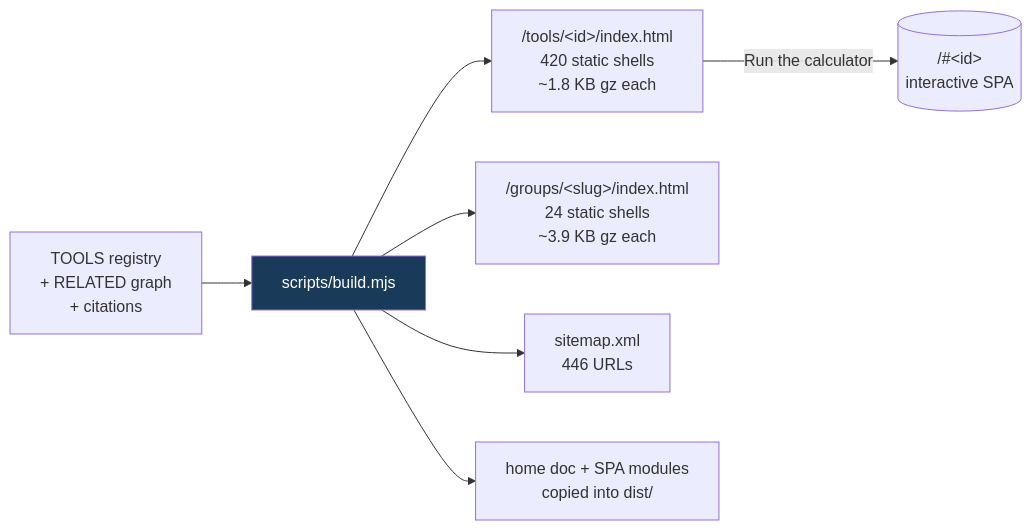
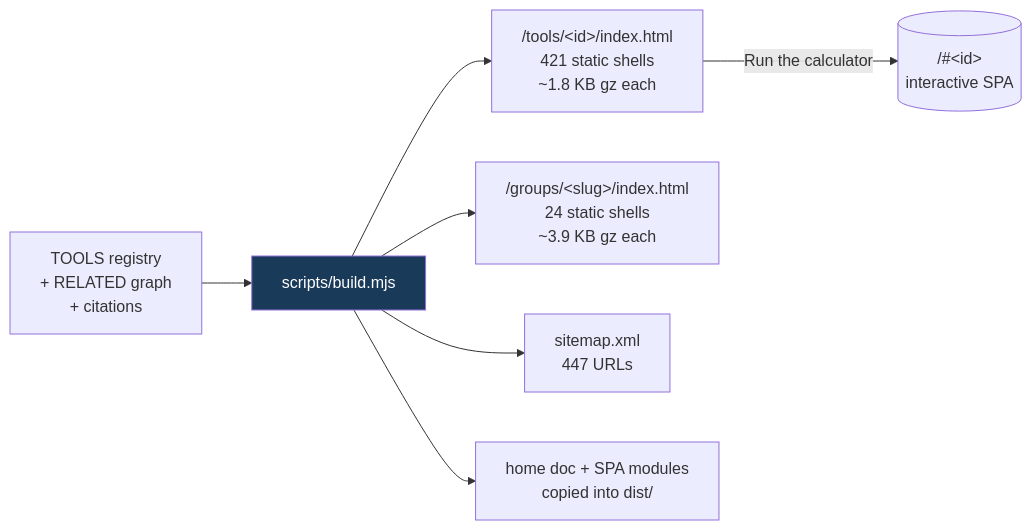
Before and after one commit to clay-good/roughlogic.com: the third of 5 diagrams in README.md, drawn with Mermaid. The commit also changed other lines of this file and 17 other files, not shown here.

````diff
--- a/README.md
+++ b/README.md
@@ -184,10 +184,10 @@
 ```mermaid
 flowchart LR
     SRC[TOOLS registry\n+ RELATED graph\n+ citations] --> BUILD[scripts/build.mjs]
-    BUILD --> TILE["/tools/&lt;id&gt;/index.html\n420 static shells\n~1.8 KB gz each"]
+    BUILD --> TILE["/tools/&lt;id&gt;/index.html\n421 static shells\n~1.8 KB gz each"]
     BUILD --> GROUP["/groups/&lt;slug&gt;/index.html\n24 static shells\n~3.9 KB gz each"]
-    BUILD --> MAP["sitemap.xml\n446 URLs"]
+    BUILD --> MAP["sitemap.xml\n447 URLs"]
     BUILD --> COPY[home doc + SPA modules\ncopied into dist/]
     TILE -->|Run the calculator| SPA[("/#&lt;id&gt;\ninteractive SPA")]
     style BUILD fill:#1a3a5a,color:#fff
 ```
````
